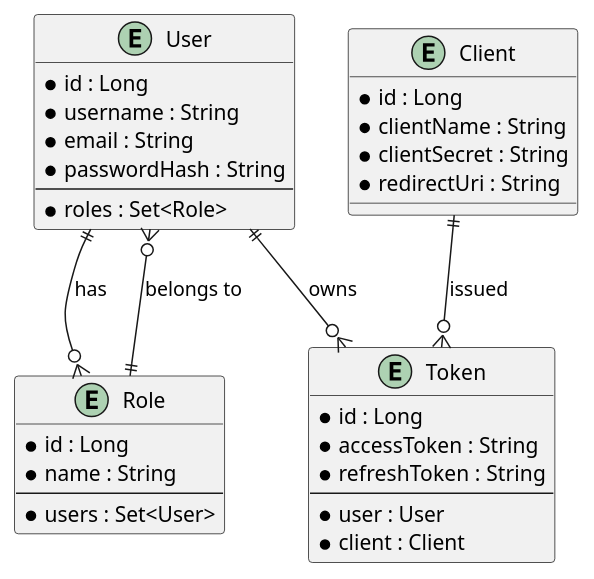
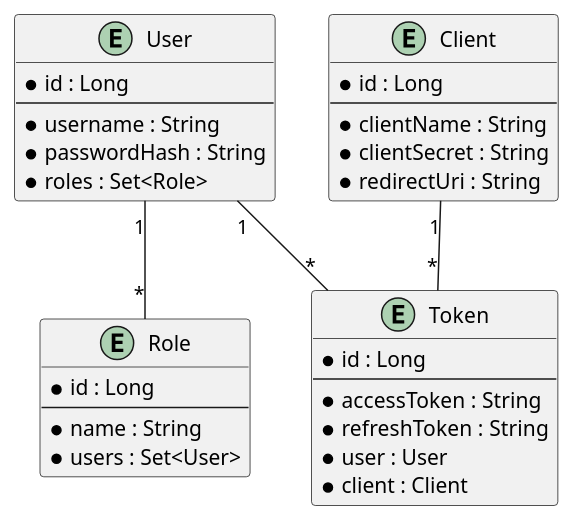
Before and after one commit to Dinesh-s95/AutoDoc.ai: the fourth of 4 diagrams in identityprovider/documentation/detaileddesign.adoc, drawn with PlantUML. The commit also changed other lines of this file and 4 other files, not shown here.

````diff
--- a/identityprovider/documentation/detaileddesign.adoc
+++ b/identityprovider/documentation/detaileddesign.adoc
@@ -346,40 +174,40 @@
-```plantuml
+[plantuml, er-diagram, png]
+----
 @startuml
-entity User {
-  * id : Long
-  * username : String
-  * email : String
-  * passwordHash : String
-  --
-  * roles : Set<Role>
+entity "User" {
+    * id : Long
+    --
+    * username : String
+    * passwordHash : String
+    * roles : Set<Role>
 }
 
-entity Role {
-  * id : Long
-  * name : String
-  --
-  * users : Set<User>
+entity "Role" {
+    * id : Long
+    --
+    * name : String
+    * users : Set<User>
 }
 
-entity Client {
-  * id : Long
-  * clientName : String
-  * clientSecret : String
-  * redirectUri : String
+entity "Token" {
+    * id : Long
+    --
+    * accessToken : String
+    * refreshToken : String
+    * user : User
+    * client : Client
 }
 
-entity Token {
-  * id : Long
-  * accessToken : String
-  * refreshToken : String
-  --
-  * user : User
-  * client : Client
+entity "Client" {
+    * id : Long
+    --
+    * clientName : String
+    * clientSecret : String
+    * redirectUri : String
 }
 
-User ||--o{ Role : has
-Role ||--o{ User : belongs to
-User ||--o{ Token : owns
-Client ||--o{ Token : issued
+User "1" -- "*" Role
+User "1" -- "*" Token
+Client "1" -- "*" Token
 @enduml
-```
+----
````
